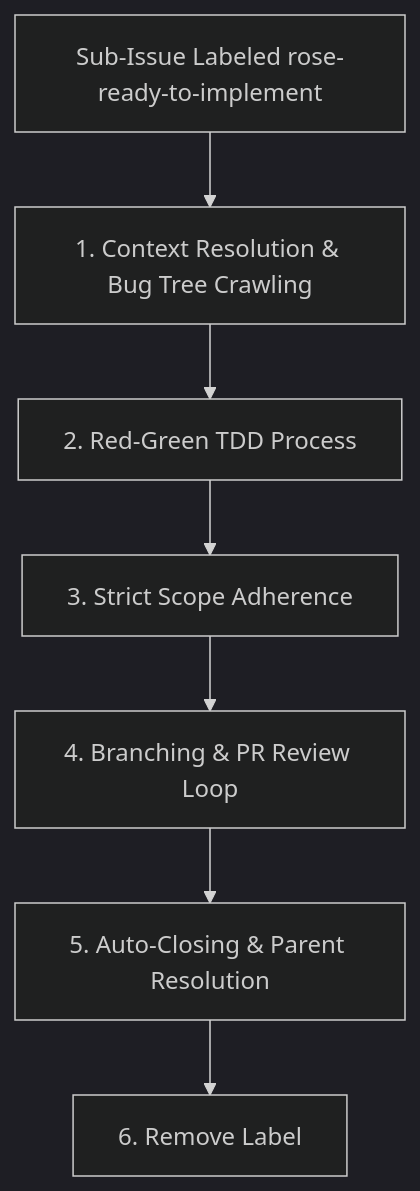
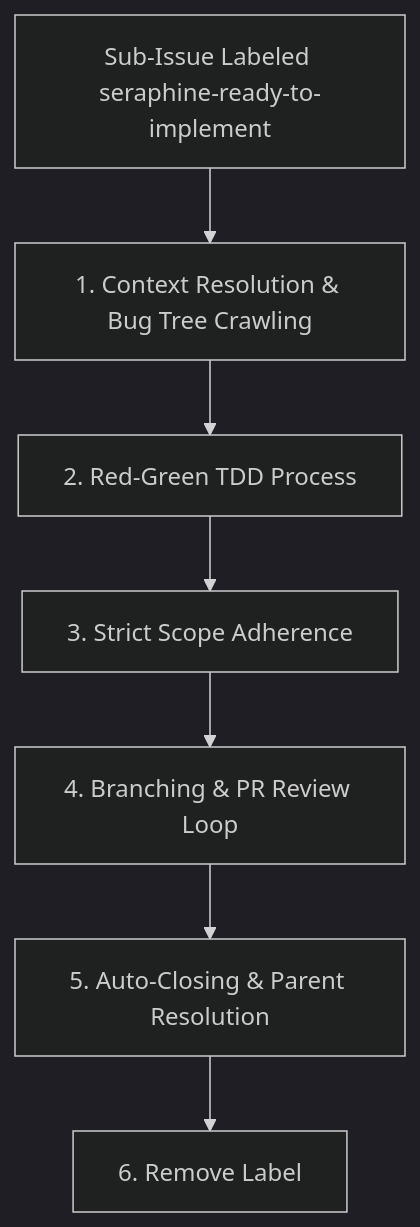
One commit to brotherlogic/rose changed the diagram in .agent/workflows/seraphine-ready-to-implement.md. Above: the diagram before and after it, drawn with Mermaid (dark theme). The commit also changed other lines of this file and 5 other files, not shown here.

Commit message:
chore: replace rose- label prefixes with seraphine-

````diff
--- a/.agent/workflows/seraphine-ready-to-implement.md
+++ b/.agent/workflows/seraphine-ready-to-implement.md
@@ -7,9 +7,9 @@
 ```mermaid
 graph TD
-    A[Sub-Issue Labeled rose-ready-to-implement] --> B[1. Context Resolution & Bug Tree Crawling]
+    A[Sub-Issue Labeled seraphine-ready-to-implement] --> B[1. Context Resolution & Bug Tree Crawling]
     B --> C[2. Red-Green TDD Process]
     C --> D[3. Strict Scope Adherence]
     D --> E[4. Branching & PR Review Loop]
     E --> F[5. Auto-Closing & Parent Resolution]
     F --> G[6. Remove Label]
 ```
````
